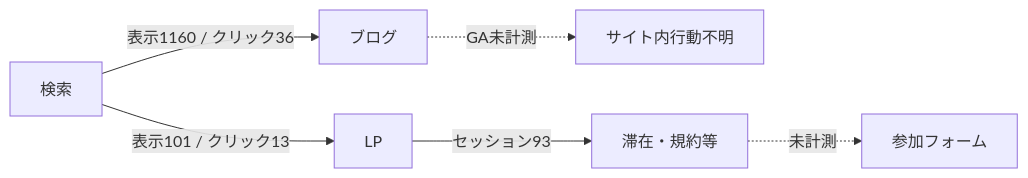
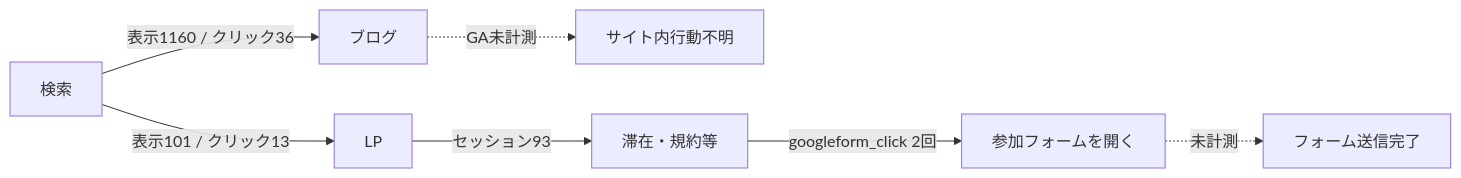
Before and after one commit to furukawa3152/hagakureweb_analysis_dashboard: the diagram in reports/2026-07/report.md, drawn with Mermaid. The commit also changed other lines of this file and 23 other files, not shown here.

````diff
--- a/reports/2026-07/report.md
+++ b/reports/2026-07/report.md
@@ -197,8 +197,9 @@
 ```mermaid
 flowchart LR
   Search[検索] -->|表示1160 / クリック36| Blog[ブログ]
   Search -->|表示101 / クリック13| LP[LP]
   Blog -.->|GA未計測| X[サイト内行動不明]
   LP -->|セッション93| Behavior[滞在・規約等]
-  Behavior -.->|未計測| Form[参加フォーム]
+  Behavior -->|googleform_click 2回| FormLink[参加フォームを開く]
+  FormLink -.->|未計測| FormSubmit[フォーム送信完了]
 ```
````
